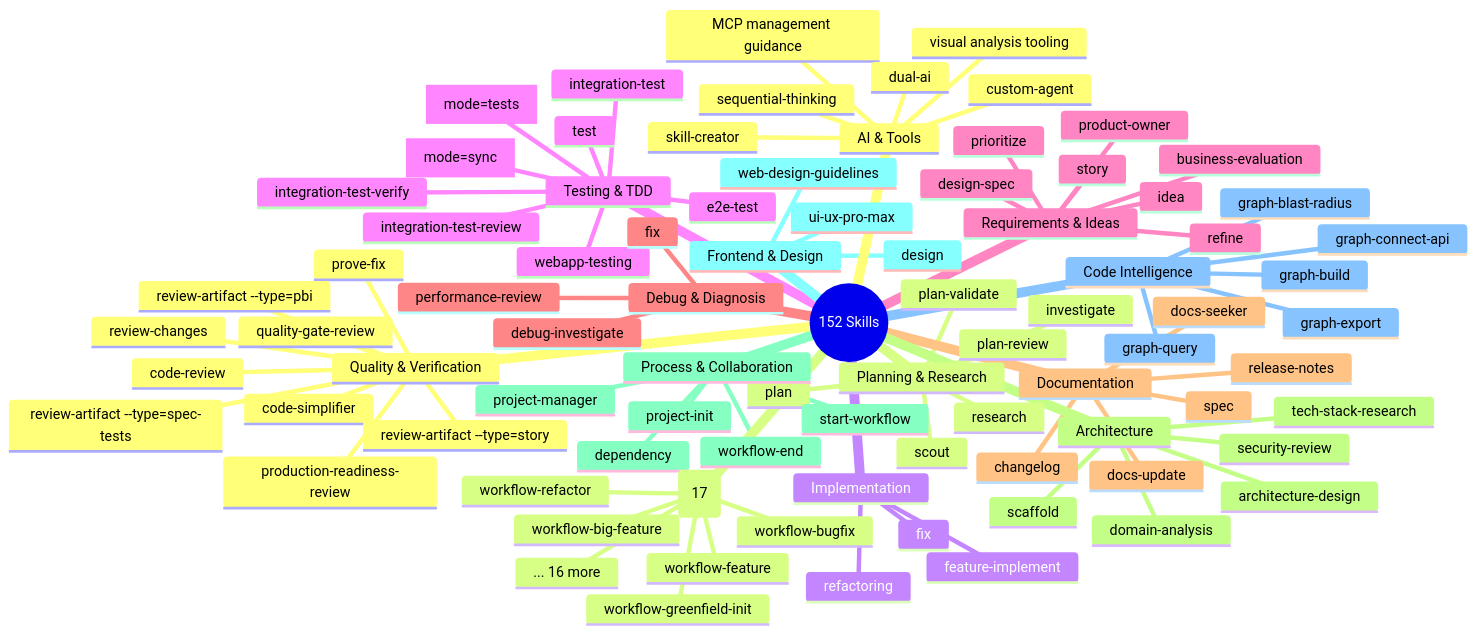
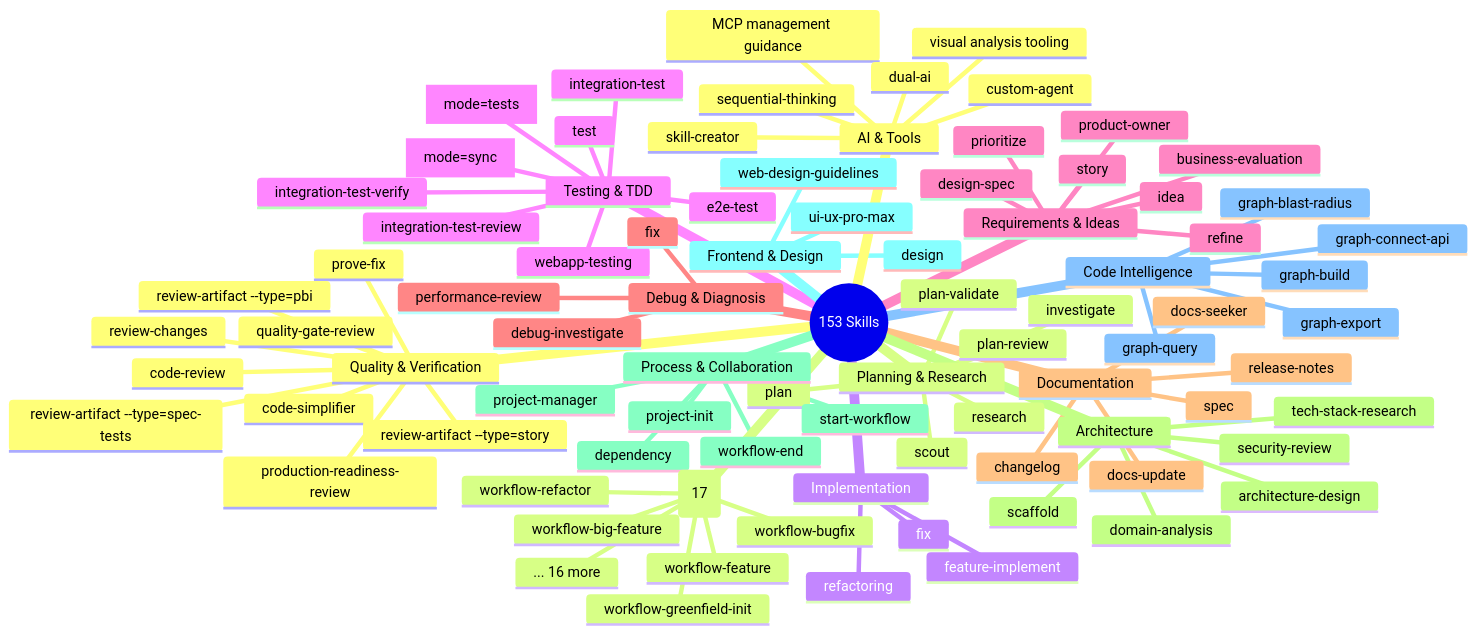
One commit to duc01226/easy-claude changed the fifth of 20 diagrams in .claude/docs/claude-ai-agent-framework-guide.md. Above: the diagram before and after it, drawn with Mermaid. The commit also changed other lines of this file and 11 other files, not shown here.

````diff
--- a/.claude/docs/claude-ai-agent-framework-guide.md
+++ b/.claude/docs/claude-ai-agent-framework-guide.md
@@ -459,6 +459,6 @@
 ```mermaid
 mindmap
-  root((152 Skills))
+  root((153 Skills))
     Quality & Verification
       code-review
       prove-fix
````
